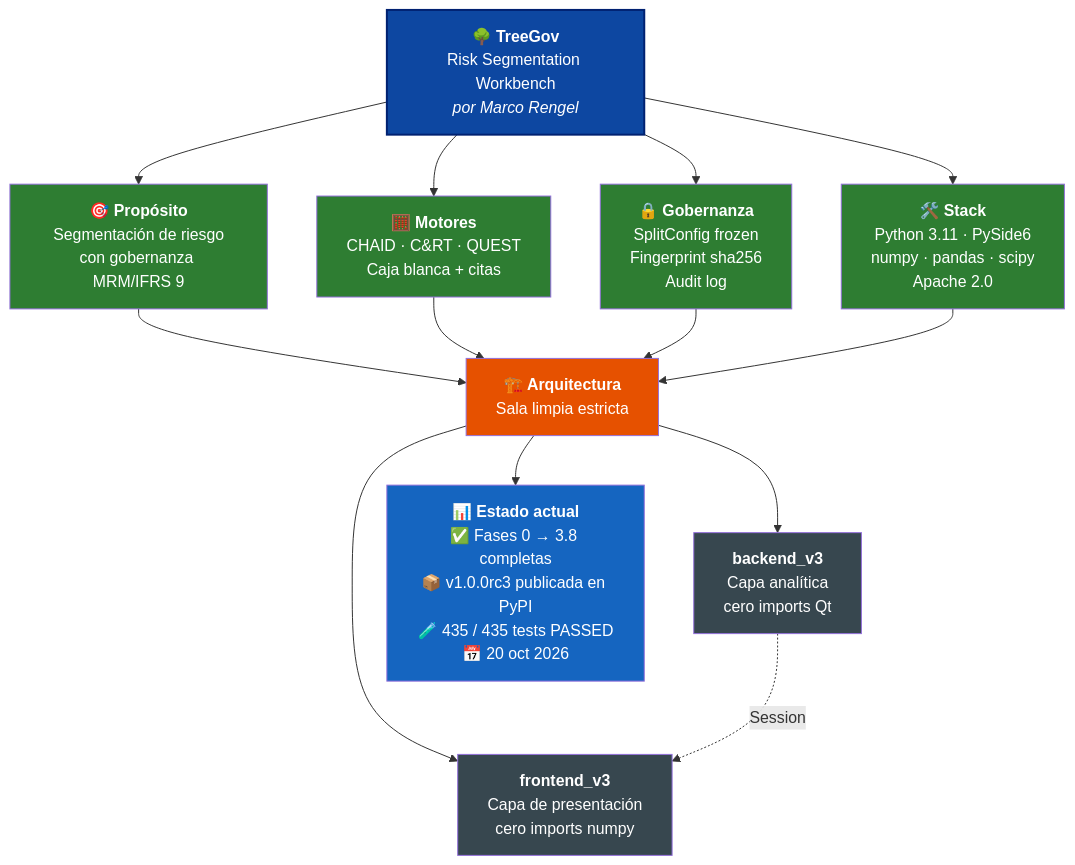
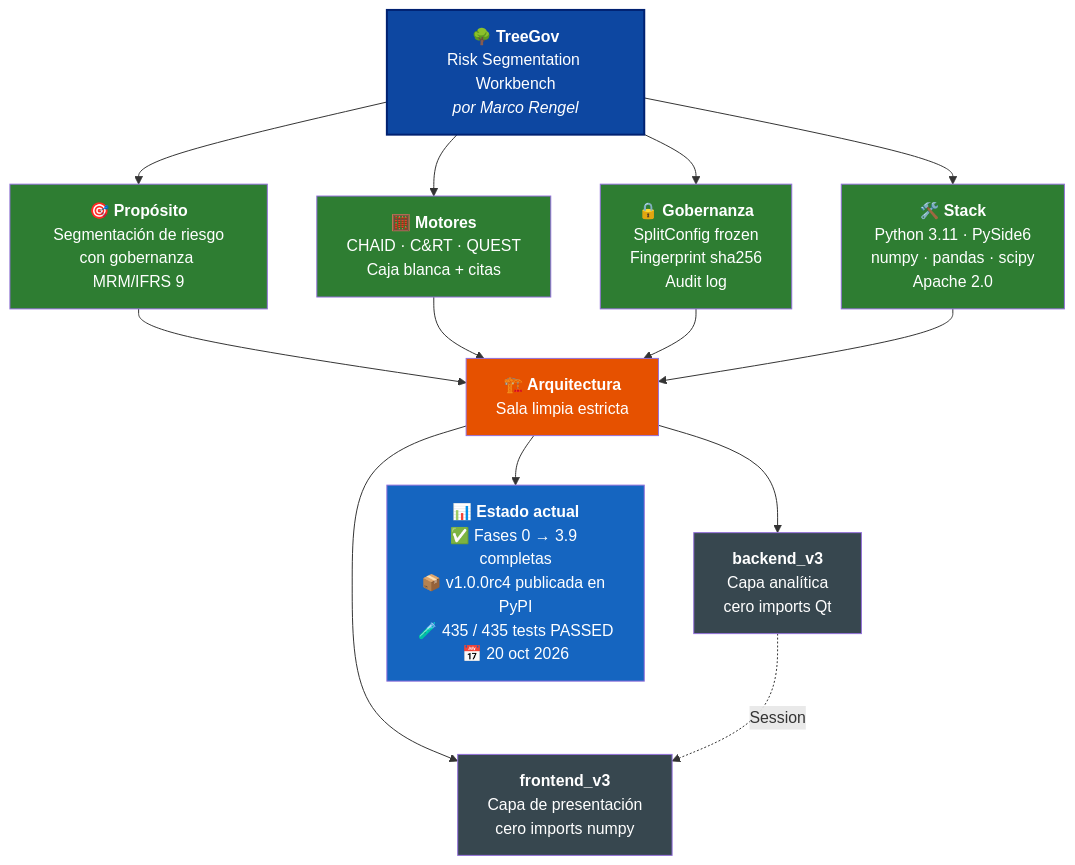
One commit to Marco-Rengel/treegov changed the diagram in README.es.md. Above: the diagram before and after it, drawn with Mermaid. The commit also changed other lines of this file and 7 other files, not shown here.

````diff
--- a/README.es.md
+++ b/README.es.md
@@ -36,31 +36,31 @@
 ```mermaid
 flowchart TB
     TG["<b>🌳 TreeGov</b><br/>Risk Segmentation Workbench<br/><i>por Marco Rengel</i>"]
 
     TG --> P["<b>🎯 Propósito</b><br/>Segmentación de riesgo<br/>con gobernanza MRM/IFRS 9"]
     TG --> M["<b>🧮 Motores</b><br/>CHAID · C&RT · QUEST<br/>Caja blanca + citas"]
     TG --> G["<b>🔒 Gobernanza</b><br/>SplitConfig frozen<br/>Fingerprint sha256<br/>Audit log"]
     TG --> S["<b>🛠️ Stack</b><br/>Python 3.11 · PySide6<br/>numpy · pandas · scipy<br/>Apache 2.0"]
 
     P --> ARQ["<b>🏗️ Arquitectura</b><br/>Sala limpia estricta"]
     M --> ARQ
     G --> ARQ
     S --> ARQ
 
     ARQ --> BE["<b>backend_v3</b><br/>Capa analítica<br/>cero imports Qt"]
     ARQ --> FE["<b>frontend_v3</b><br/>Capa de presentación<br/>cero imports numpy"]
 
     BE -.->|Session| FE
 
-    ARQ --> ST["<b>📊 Estado actual</b><br/>✅ Fases 0 → 3.8 completas<br/>📦 v1.0.0rc3 publicada en PyPI<br/>🧪 435 / 435 tests PASSED<br/>📅 20 oct 2026"]
+    ARQ --> ST["<b>📊 Estado actual</b><br/>✅ Fases 0 → 3.9 completas<br/>📦 v1.0.0rc4 publicada en PyPI<br/>🧪 435 / 435 tests PASSED<br/>📅 20 oct 2026"]
 
     style TG fill:#0D47A1,color:#fff,stroke:#002171,stroke-width:2px
     style P fill:#2E7D32,color:#fff
     style M fill:#2E7D32,color:#fff
     style G fill:#2E7D32,color:#fff
     style S fill:#2E7D32,color:#fff
     style ARQ fill:#E65100,color:#fff
     style BE fill:#37474F,color:#fff
     style FE fill:#37474F,color:#fff
     style ST fill:#1565C0,color:#fff
 ```
````
